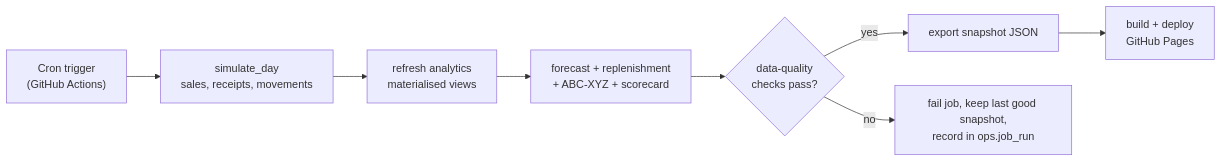
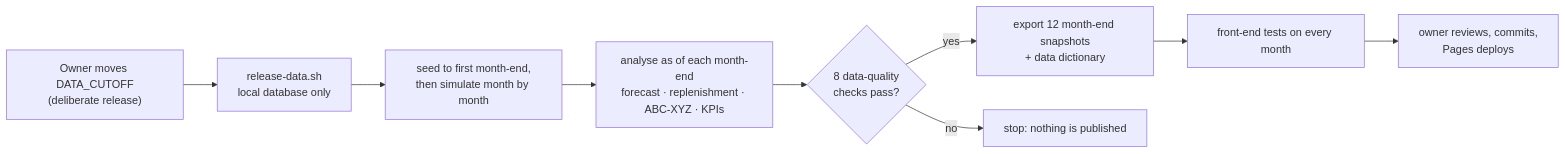
One commit to avixd/retail-inventory-app changed the third of 3 diagrams in docs/backend/high-level-design.md. Above: the diagram before and after it, drawn with Mermaid. The commit also changed other lines of this file and 5 other files, not shown here.

````diff
--- a/docs/backend/high-level-design.md
+++ b/docs/backend/high-level-design.md
@@ -164,10 +168,11 @@
 ```mermaid
 flowchart LR
-    T["Cron trigger<br/>(GitHub Actions)"] --> S["simulate_day<br/>sales, receipts, movements"]
-    S --> R["refresh analytics<br/>materialised views"]
-    R --> F["forecast + replenishment<br/>+ ABC-XYZ + scorecard"]
-    F --> Q{"data-quality<br/>checks pass?"}
-    Q -->|yes| E["export snapshot JSON"]
-    E --> D["build + deploy<br/>GitHub Pages"]
-    Q -->|no| X["fail job, keep last good snapshot,<br/>record in ops.job_run"]
+    C["Owner moves DATA_CUTOFF<br/>(deliberate release)"] --> B["release-data.sh<br/>local database only"]
+    B --> S["seed to first month-end,<br/>then simulate month by month"]
+    S --> A["analyse as of each month-end<br/>forecast · replenishment · ABC-XYZ · KPIs"]
+    A --> Q{"8 data-quality<br/>checks pass?"}
+    Q -->|yes| E["export 12 month-end snapshots<br/>+ data dictionary"]
+    E --> T["front-end tests on every month"]
+    T --> R["owner reviews, commits,<br/>Pages deploys"]
+    Q -->|no| X["stop: nothing is published"]
 ```
````
